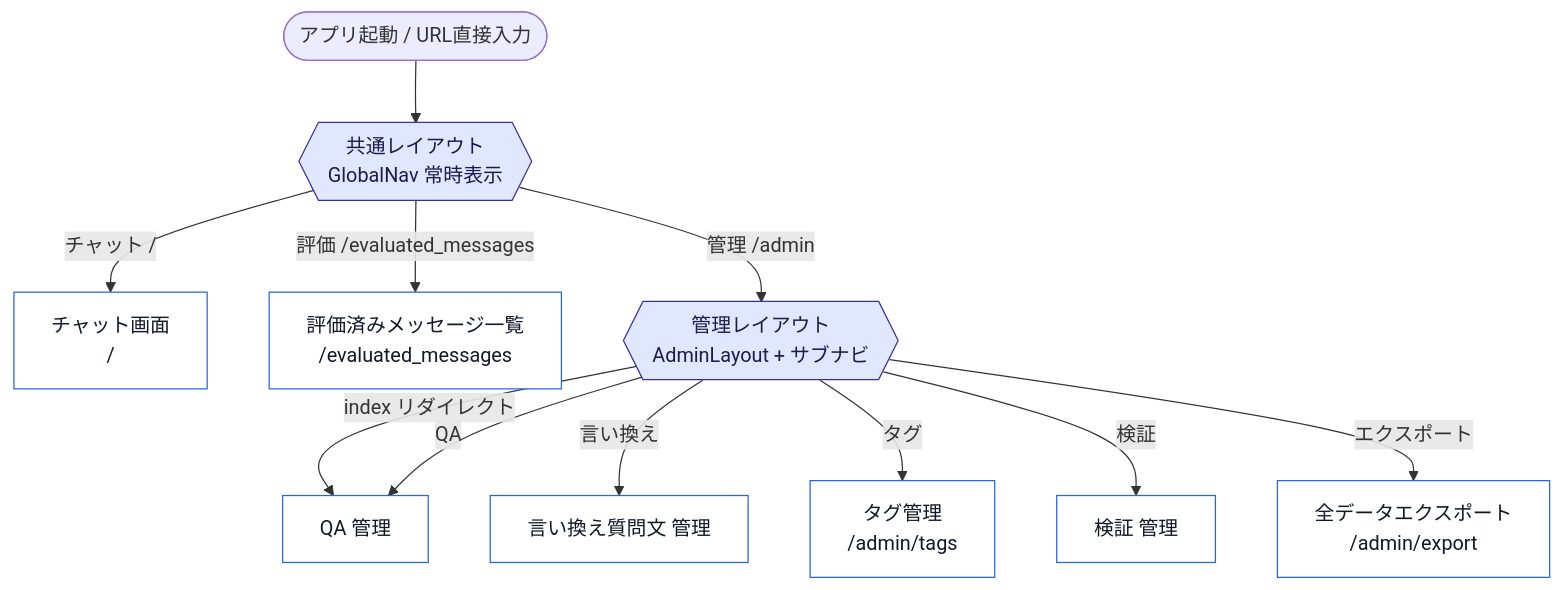
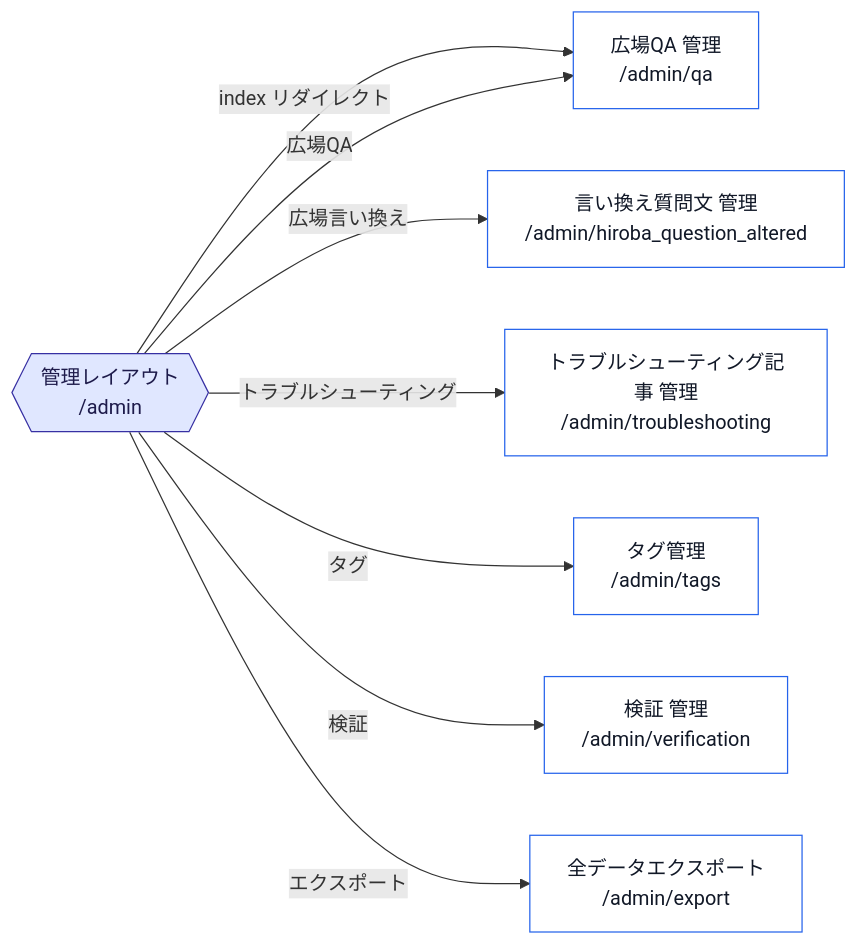
Before and after one commit to ys-systemrun/chatbot_proto_01: the second of 7 diagrams in docs/screen_transition/画面遷移図.md, drawn with Mermaid. The commit also changed other lines of this file and 26 other files, not shown here.

Commit message:
画面遷移図整備

````diff
--- a/docs/screen_transition/画面遷移図.md
+++ b/docs/screen_transition/画面遷移図.md
@@ -20,20 +41,17 @@
 ```mermaid
-flowchart TD
-    Start([アプリ起動 / URL直接入力]) --> Root{{"共通レイアウト<br/>GlobalNav 常時表示"}}
-
-    Root -->|"チャット /"| Chat["チャット画面<br/>/"]
-    Root -->|"評価 /evaluated_messages"| Eval["評価済みメッセージ一覧<br/>/evaluated_messages"]
-    Root -->|"管理 /admin"| Admin{{"管理レイアウト<br/>AdminLayout + サブナビ"}}
+flowchart LR
+    Admin{{"管理レイアウト<br/>/admin"}}
 
     Admin -->|"index リダイレクト"| QA
-    Admin -->|"QA"| QA["QA 管理"]
-    Admin -->|"言い換え"| ALT["言い換え質問文 管理"]
+    Admin -->|"広場QA"| QA["広場QA 管理<br/>/admin/qa"]
+    Admin -->|"広場言い換え"| ALT["言い換え質問文 管理<br/>/admin/hiroba_question_altered"]
+    Admin -->|"トラブルシューティング"| TS["トラブルシューティング記事 管理<br/>/admin/troubleshooting"]
     Admin -->|"タグ"| TAG["タグ管理<br/>/admin/tags"]
-    Admin -->|"検証"| VER["検証 管理"]
+    Admin -->|"検証"| VER["検証 管理<br/>/admin/verification"]
     Admin -->|"エクスポート"| EXP["全データエクスポート<br/>/admin/export"]
 
     classDef group fill:#e0e7ff,stroke:#3730a3,color:#1e1b4b;
     classDef leaf fill:#ffffff,stroke:#2563eb,color:#111827;
-    class Root,Admin group;
-    class Chat,Eval,QA,ALT,TAG,VER,EXP leaf;
+    class Admin group;
+    class QA,ALT,TS,TAG,VER,EXP leaf;
 ```
````
